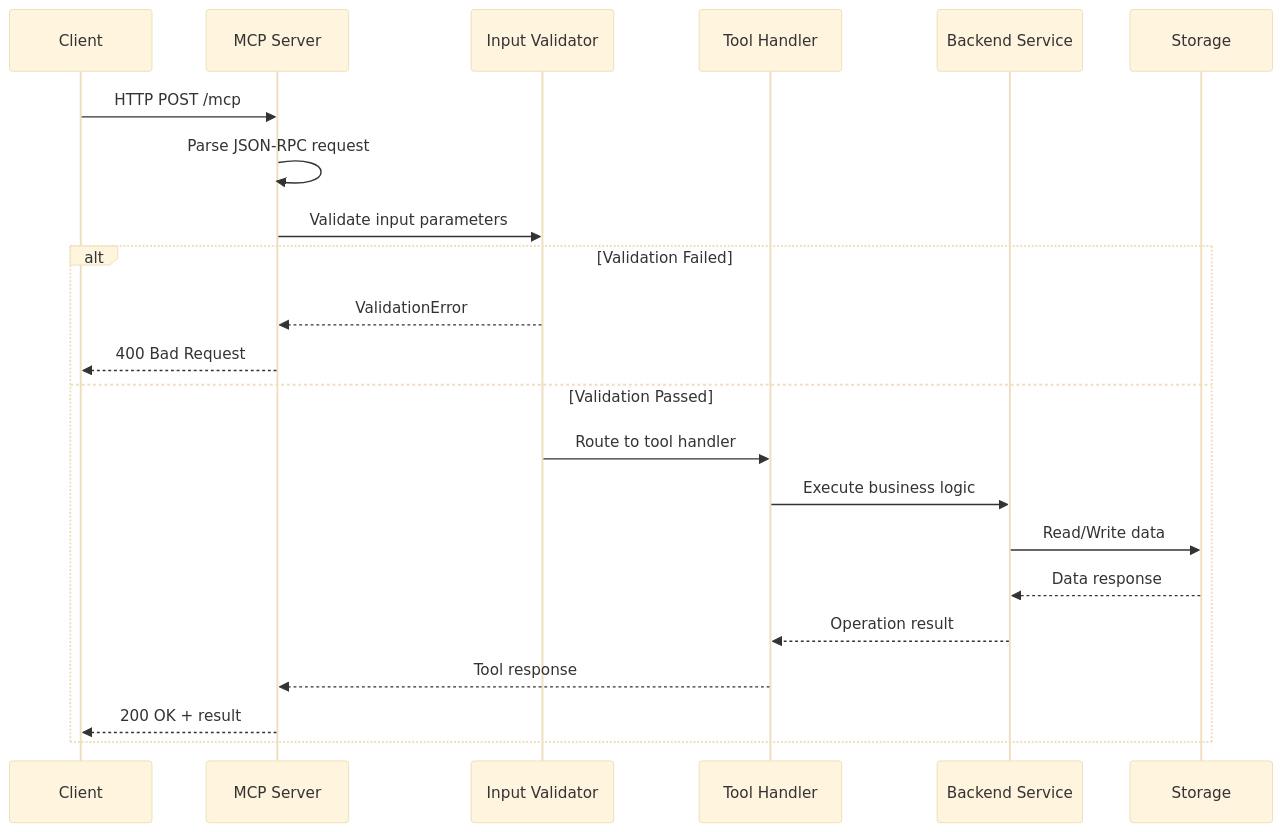
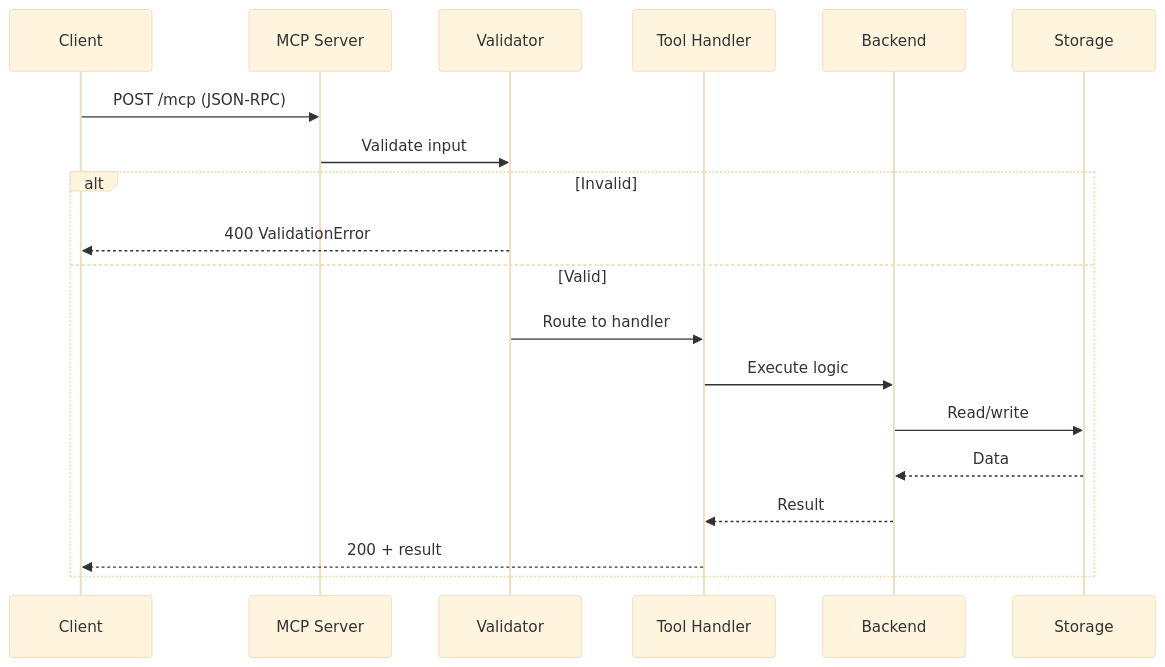
The second of 9 diagrams in docs/architecture/system-architecture.md (TheArchitectit/agent-guardrails-template), drawn with Mermaid (base theme) before and after one commit. The commit also changed other lines of this file and 15 other files, not shown here.

First line of the commit message:
docs: rewrite architecture doc under 500 lines with corrected facts

````diff
--- a/docs/architecture/system-architecture.md
+++ b/docs/architecture/system-architecture.md
@@ -192,26 +66,21 @@
 ```mermaid
 sequenceDiagram
-    participant Client as Client
+    participant Client
     participant Server as MCP Server
-    participant Validator as Input Validator
+    participant Validator
     participant Tool as Tool Handler
-    participant Backend as Backend Service
-    participant Storage as Storage
-
-    Client->>Server: HTTP POST /mcp
-    Server->>Server: Parse JSON-RPC request
-    Server->>Validator: Validate input parameters
-
-    alt Validation Failed
-        Validator-->>Server: ValidationError
-        Server-->>Client: 400 Bad Request
-    else Validation Passed
-        Validator->>Tool: Route to tool handler
-        Tool->>Backend: Execute business logic
-        Backend->>Storage: Read/Write data
-        Storage-->>Backend: Data response
-        Backend-->>Tool: Operation result
-        Tool-->>Server: Tool response
-        Server-->>Client: 200 OK + result
+    participant Backend
+    participant Storage
+    Client->>Server: POST /mcp (JSON-RPC)
+    Server->>Validator: Validate input
+    alt Invalid
+        Validator-->>Client: 400 ValidationError
+    else Valid
+        Validator->>Tool: Route to handler
+        Tool->>Backend: Execute logic
+        Backend->>Storage: Read/write
+        Storage-->>Backend: Data
+        Backend-->>Tool: Result
+        Tool-->>Client: 200 + result
     end
 ```
````
